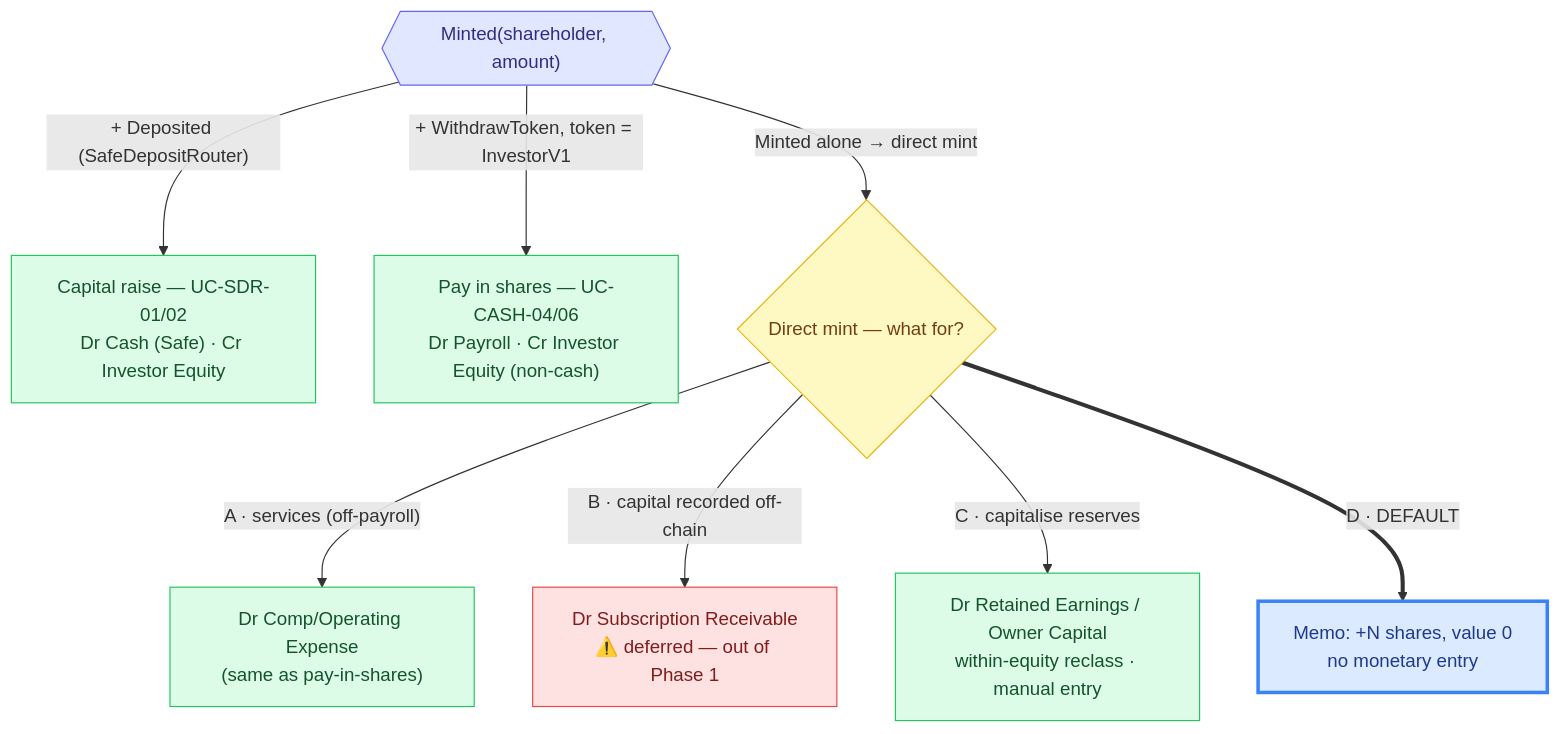
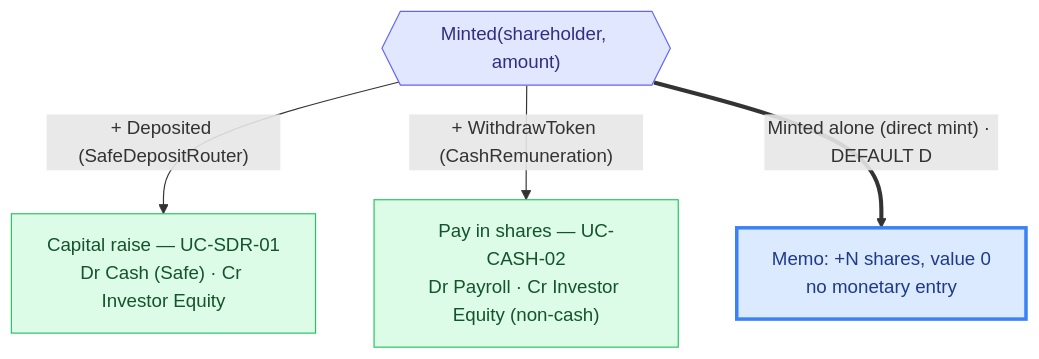
Before and after one commit to globe-and-citizen/cnc-portal: the third of 3 diagrams in docs/features/accounting/money-flow-catalogue.md, drawn with Mermaid. The commit also changed other lines of this file and 2 other files, not shown here.

First line of the commit message:
docs: 📝 money-flow catalogue — used contracts + full worked example (#2126)

````diff
--- a/docs/features/accounting/money-flow-catalogue.md
+++ b/docs/features/accounting/money-flow-catalogue.md
@@ -236,17 +229,11 @@
 ```mermaid
 flowchart TD
   minted{{"Minted(shareholder, amount)"}}:::evt
-  minted -->|"+ Deposited (SafeDepositRouter)"| cap["Capital raise — UC-SDR-01/02<br/>Dr Cash (Safe) · Cr Investor Equity"]:::ok
-  minted -->|"+ WithdrawToken, token = InvestorV1"| pay["Pay in shares — UC-CASH-04/06<br/>Dr Payroll · Cr Investor Equity (non-cash)"]:::ok
-  minted -->|"Minted alone → direct mint"| direct{"Direct mint — what for?"}:::dec
-  direct -->|"A · services (off-payroll)"| a["Dr Comp/Operating Expense<br/>(same as pay-in-shares)"]:::ok
-  direct -->|"B · capital recorded off-chain"| b["Dr Subscription Receivable<br/>⚠️ deferred — out of Phase 1"]:::warn
-  direct -->|"C · capitalise reserves"| c["Dr Retained Earnings / Owner Capital<br/>within-equity reclass · manual entry"]:::ok
-  direct ==>|"D · DEFAULT"| d["Memo: +N shares, value 0<br/>no monetary entry"]:::def
+  minted -->|"+ Deposited (SafeDepositRouter)"| cap["Capital raise — UC-SDR-01<br/>Dr Cash (Safe) · Cr Investor Equity"]:::ok
+  minted -->|"+ WithdrawToken (CashRemuneration)"| pay["Pay in shares — UC-CASH-02<br/>Dr Payroll · Cr Investor Equity (non-cash)"]:::ok
+  minted ==>|"Minted alone (direct mint) · DEFAULT D"| d["Memo: +N shares, value 0<br/>no monetary entry"]:::def
 
   classDef evt fill:#e0e7ff,stroke:#6366f1,color:#312e81;
-  classDef dec fill:#fef9c3,stroke:#eab308,color:#713f12;
   classDef ok fill:#dcfce7,stroke:#22c55e,color:#14532d;
-  classDef warn fill:#fee2e2,stroke:#ef4444,color:#7f1d1d;
   classDef def fill:#dbeafe,stroke:#3b82f6,color:#1e3a8a,stroke-width:3px;
 ```
````
